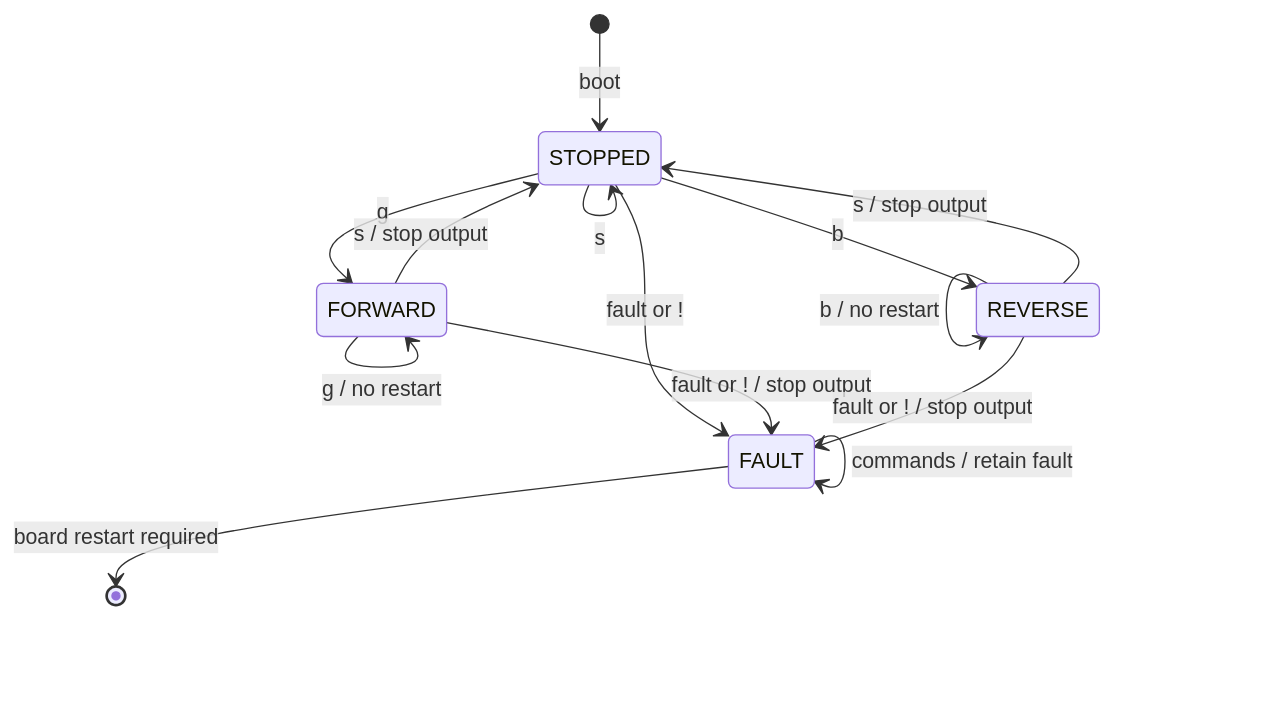
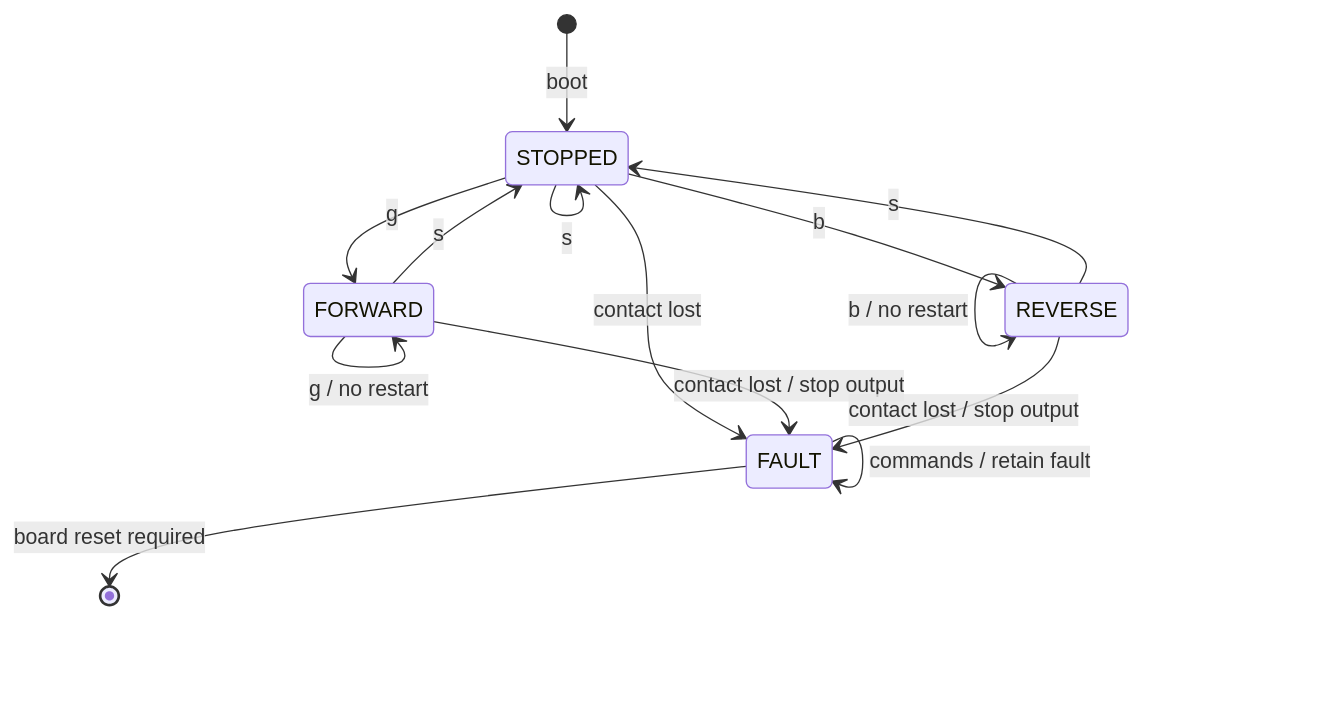
Before and after one commit to BitHarp/icte4005: the diagram in conveyor/README.md, drawn with Mermaid. The commit also changed other lines of this file and 29 other files, not shown here.

````diff
--- a/conveyor/README.md
+++ b/conveyor/README.md
@@ -15,16 +21,16 @@
 ```mermaid
 stateDiagram-v2
     [*] --> STOPPED: boot
     STOPPED --> FORWARD: g
     STOPPED --> REVERSE: b
     FORWARD --> FORWARD: g / no restart
     REVERSE --> REVERSE: b / no restart
-    FORWARD --> STOPPED: s / stop output
-    REVERSE --> STOPPED: s / stop output
+    FORWARD --> STOPPED: s
+    REVERSE --> STOPPED: s
     STOPPED --> STOPPED: s
-    STOPPED --> FAULT: fault or !
-    FORWARD --> FAULT: fault or ! / stop output
-    REVERSE --> FAULT: fault or ! / stop output
+    STOPPED --> FAULT: contact lost
+    FORWARD --> FAULT: contact lost / stop output
+    REVERSE --> FAULT: contact lost / stop output
     FAULT --> FAULT: commands / retain fault
-    FAULT --> [*]: board restart required
+    FAULT --> [*]: board reset required
 ```
````
